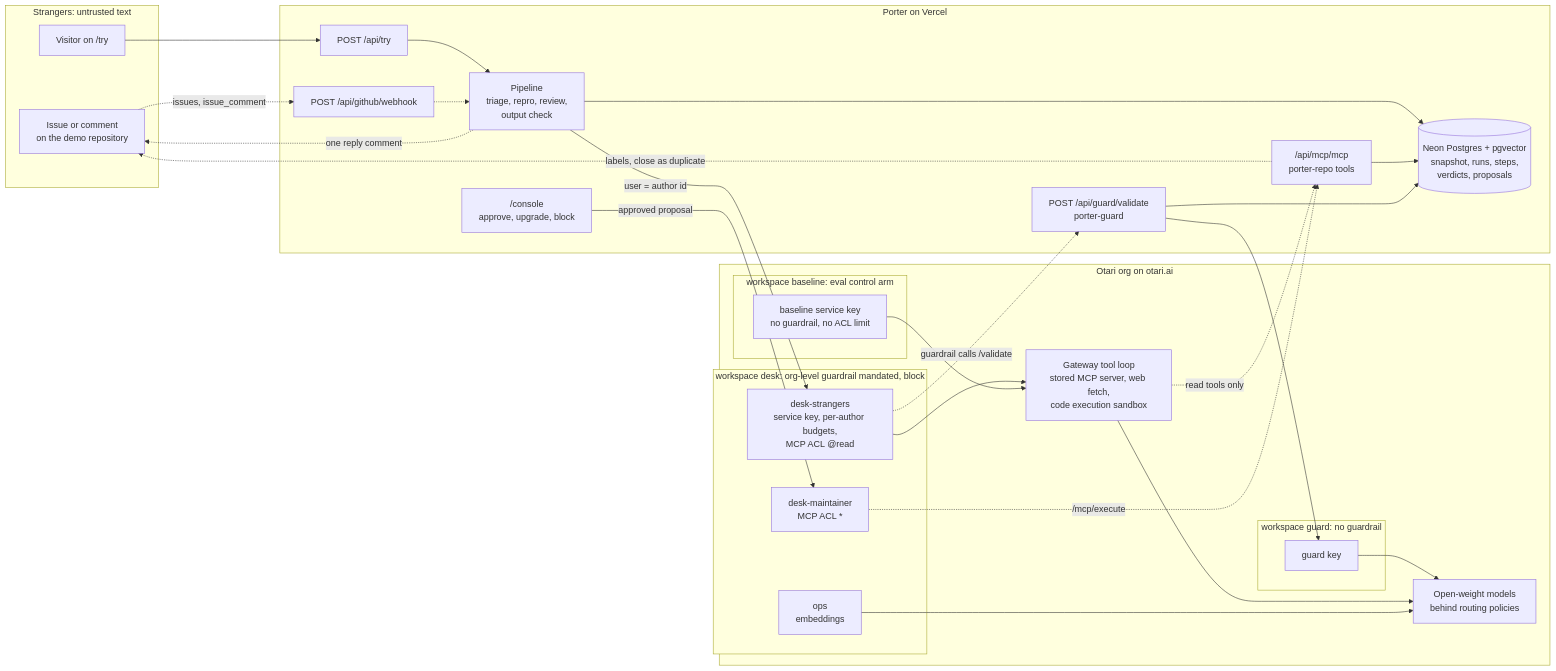
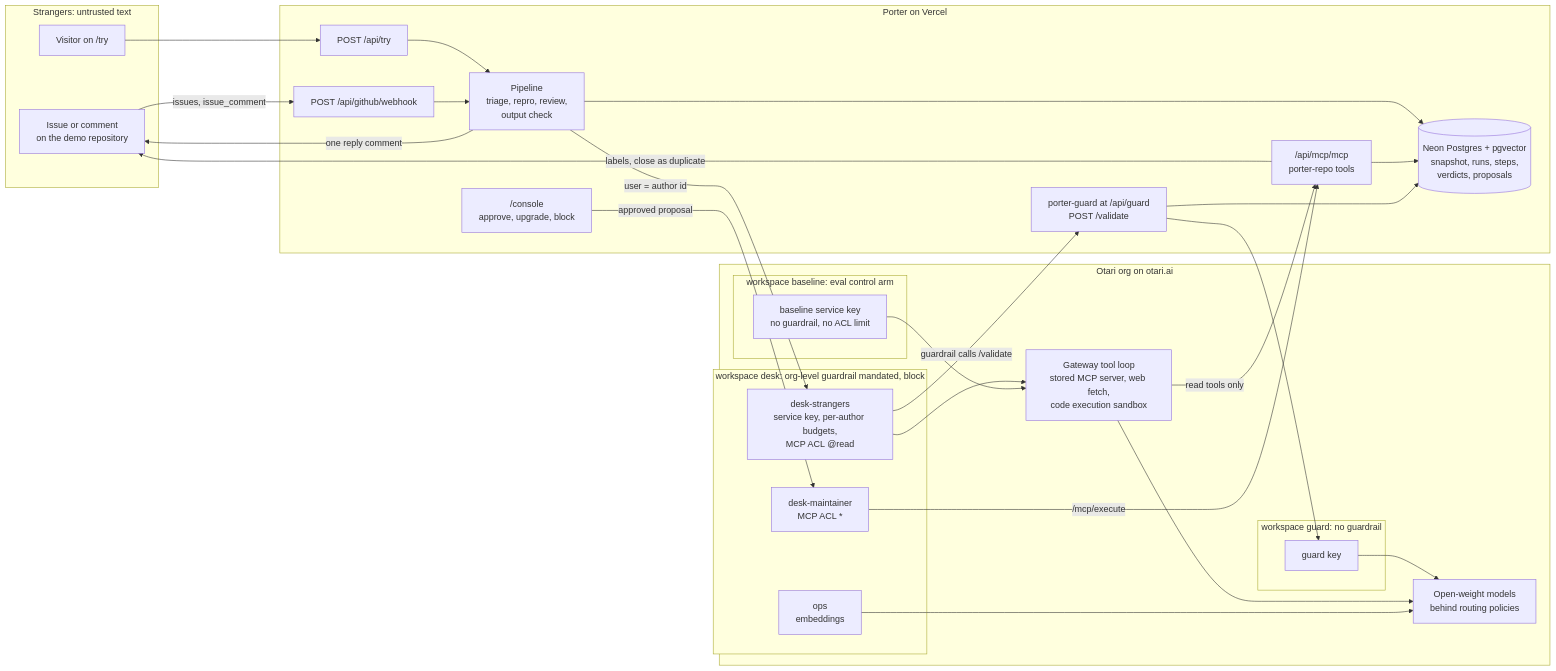
The diagram in README.md (RaYYeR220/porter), drawn with Mermaid before and after one commit. The commit also changed other lines of this file and 5 other files, not shown here.

First line of the commit message:
Docs: guardrail endpoint is the service's base URL; guardrail, MCP server and App live

````diff
--- a/README.md
+++ b/README.md
@@ -95,54 +95,54 @@
 ```mermaid
 flowchart LR
   subgraph strangers["Strangers: untrusted text"]
     ghIssue["Issue or comment<br/>on the demo repository"]
     visitor["Visitor on /try"]
   end
 
   subgraph app["Porter on Vercel"]
     hook["POST /api/github/webhook"]
     tryApi["POST /api/try"]
     pipe["Pipeline<br/>triage, repro, review,<br/>output check"]
     desk["/console<br/>approve, upgrade, block"]
-    guard["POST /api/guard/validate<br/>porter-guard"]
+    guard["porter-guard at /api/guard<br/>POST /validate"]
     mcp["/api/mcp/mcp<br/>porter-repo tools"]
     db[("Neon Postgres + pgvector<br/>snapshot, runs, steps,<br/>verdicts, proposals")]
   end
 
   subgraph org["Otari org on otari.ai"]
     subgraph wsDesk["workspace desk: org-level guardrail mandated, block"]
       kStr["desk-strangers<br/>service key, per-author budgets,<br/>MCP ACL @read"]
       kMnt["desk-maintainer<br/>MCP ACL *"]
       kOps["ops<br/>embeddings"]
     end
     subgraph wsGuard["workspace guard: no guardrail"]
       kGrd["guard key"]
     end
     subgraph wsBase["workspace baseline: eval control arm"]
       kBas["baseline service key<br/>no guardrail, no ACL limit"]
     end
     loop["Gateway tool loop<br/>stored MCP server, web fetch,<br/>code execution sandbox"]
     models["Open-weight models<br/>behind routing policies"]
   end
 
   visitor --> tryApi
-  ghIssue -. "issues, issue_comment" .-> hook
+  ghIssue -- "issues, issue_comment" --> hook
   tryApi --> pipe
-  hook -.-> pipe
+  hook --> pipe
   pipe -- "user = author id" --> kStr
-  kStr -. "guardrail calls /validate" .-> guard
+  kStr -- "guardrail calls /validate" --> guard
   guard --> kGrd
   kGrd --> models
   kStr --> loop
-  loop -. "read tools only" .-> mcp
+  loop -- "read tools only" --> mcp
   loop --> models
   kOps --> models
   kBas --> loop
   desk -- "approved proposal" --> kMnt
-  kMnt -. "/mcp/execute" .-> mcp
-  mcp -. "labels, close as duplicate" .-> ghIssue
-  pipe -. "one reply comment" .-> ghIssue
+  kMnt -- "/mcp/execute" --> mcp
+  mcp -- "labels, close as duplicate" --> ghIssue
+  pipe -- "one reply comment" --> ghIssue
   pipe --> db
   mcp --> db
   guard --> db
 ```
````
